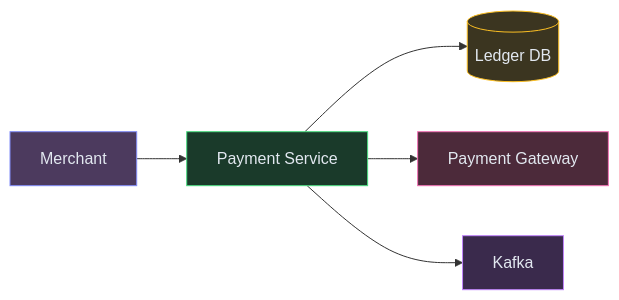
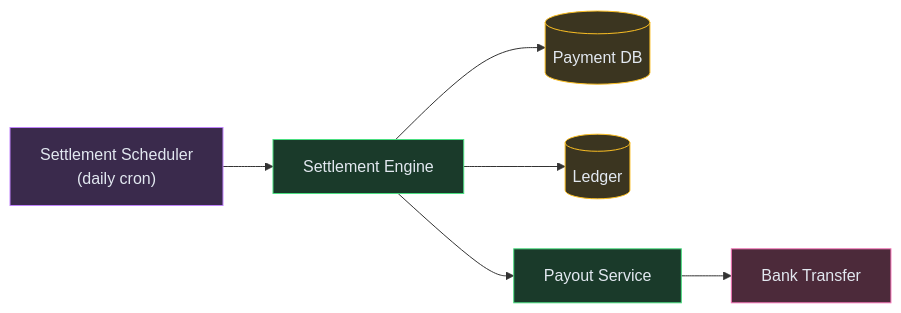
One commit to iluzn/HLD-Designs changed the fourth of 6 diagrams in content/hld/PaymentSystem.md. Above: the diagram before and after it, drawn with Mermaid. The commit also changed other lines of this file and 26 other files, not shown here.

````diff
--- a/content/hld/PaymentSystem.md
+++ b/content/hld/PaymentSystem.md
@@ -143,19 +247,20 @@
 ```mermaid
 flowchart LR
-    MERCHANT["Merchant"]:::client
-    API["Payment Service"]:::service
-    DB[("Ledger DB")]:::data
-    GW["Payment Gateway"]:::external
-    KAFKA["Kafka"]:::async
+    SCHEDULER["Settlement Scheduler<br/>(daily cron)"]:::async
+    DB[("Payment DB")]:::data
+    SETTLE["Settlement Engine"]:::service
+    LEDGER[("Ledger")]:::data
+    PAYOUT["Payout Service"]:::service
+    BANK["Bank Transfer"]:::external
 
-    MERCHANT --> API
-    API --> DB
-    API --> GW
-    API --> KAFKA
+    SCHEDULER --> SETTLE
+    SETTLE --> DB
+    SETTLE --> LEDGER
+    SETTLE --> PAYOUT
+    PAYOUT --> BANK
 
-    classDef client fill:#4c3a5e,stroke:#818cf8,color:#e2e8f0
     classDef service fill:#1a3a2a,stroke:#4ade80,color:#e2e8f0
     classDef data fill:#3b3520,stroke:#fbbf24,color:#e2e8f0
+    classDef async fill:#3a2a4c,stroke:#c084fc,color:#e2e8f0
     classDef external fill:#4c2a3a,stroke:#f472b6,color:#e2e8f0
-    classDef async fill:#3a2a4c,stroke:#c084fc,color:#e2e8f0
 ```
````
